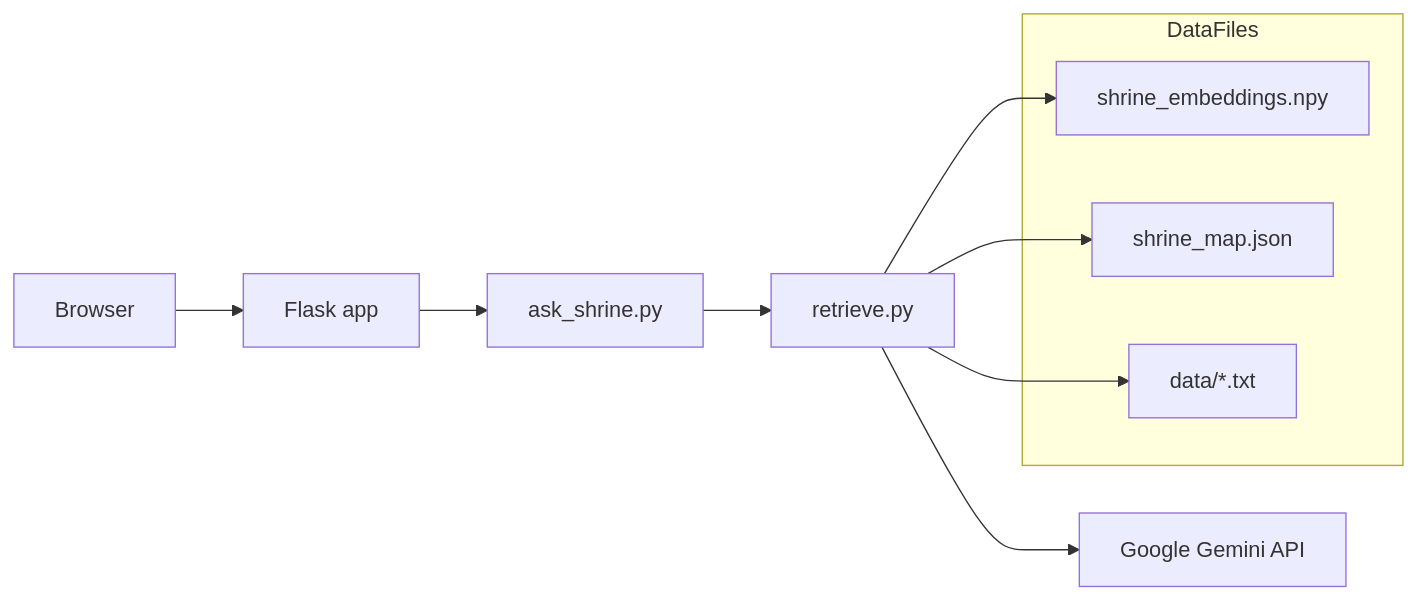
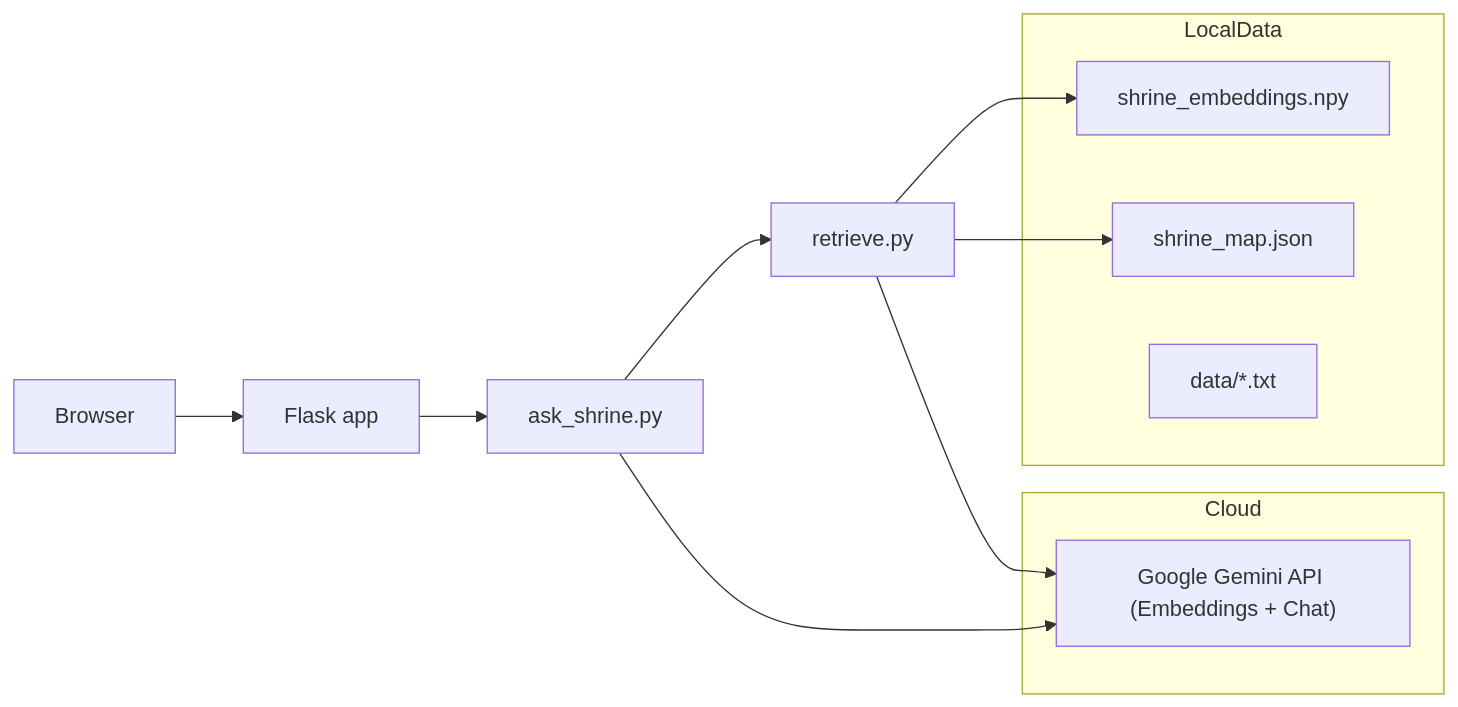
The diagram in README.md (wajjahathassan/The-Shrine), drawn with Mermaid before and after one commit. The commit also changed other lines of this file, not shown here.

Commit message:
Refactor: Switch to Google Embeddings and NumPy

````diff
--- a/README.md
+++ b/README.md
@@ -97,16 +109,23 @@
 ```mermaid
 flowchart LR
     A["Browser"] --> B["Flask app"]
     B --> C["ask_shrine.py"]
     C --> D["retrieve.py"]
-    D --> E["Google Gemini API"]
-    subgraph DataFiles
+
+    subgraph Cloud
+        E["Google Gemini API (Embeddings + Chat)"]
+    end
+
+    D --> E
+    C --> E
+
+    subgraph LocalData
         F["shrine_embeddings.npy"]
         G["shrine_map.json"]
         H["data/*.txt"]
     end
+
     D --> F
     D --> G
-    D --> H
 
 ```
````
